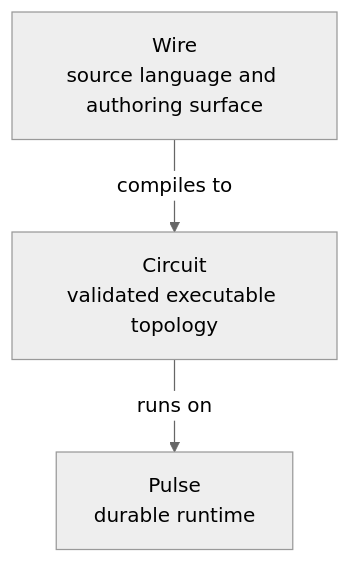
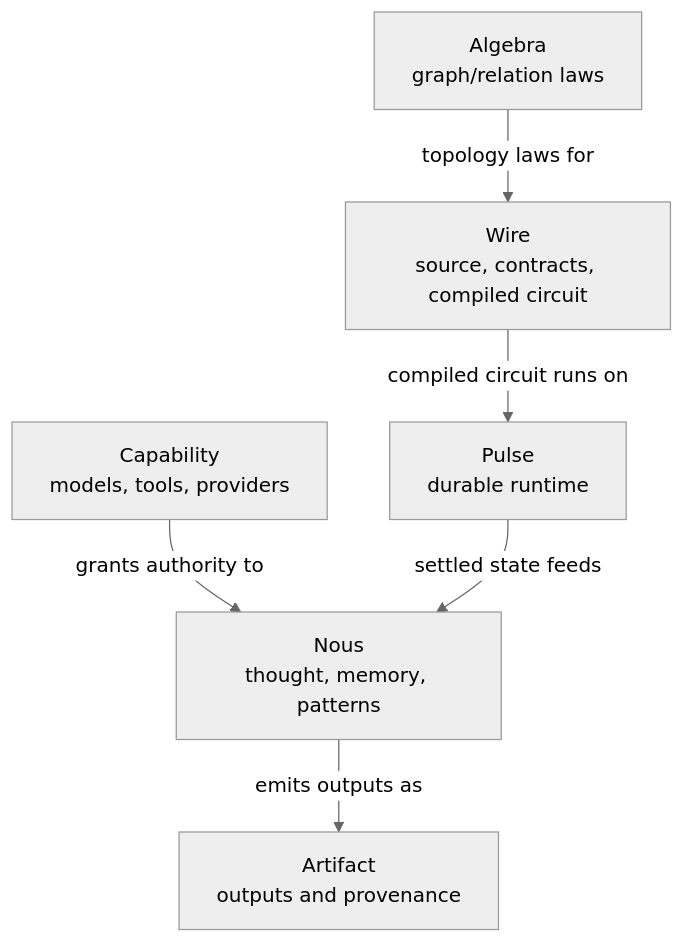
Before and after one commit to Digimuoto/cortex: the diagram in docs/taxonomy.md, drawn with Mermaid (neutral theme). The commit also changed other lines of this file and 14 other files, not shown here.

First line of the commit message:
docs: define Cortex root taxonomy and Nous patterns

````diff
--- a/docs/taxonomy.md
+++ b/docs/taxonomy.md
@@ -17,9 +18,15 @@
 ```mermaid
 flowchart TD
-    W[Wire<br/>source language and authoring surface]
-    C[Circuit<br/>validated executable topology]
+    A[Algebra<br/>graph/relation laws]
+    W[Wire<br/>source, contracts, compiled circuit]
     P[Pulse<br/>durable runtime]
+    C[Capability<br/>models, tools, providers]
+    R[Artifact<br/>outputs and provenance]
+    N[Nous<br/>thought, memory, patterns]
 
-    W -->|compiles to| C
-    C -->|runs on| P
+    A -- "topology laws for" --> W
+    W -- "compiled circuit runs on" --> P
+    C -- "grants authority to" --> N
+    P -- "settled state feeds" --> N
+    N -- "emits outputs as" --> R
 ```
````
